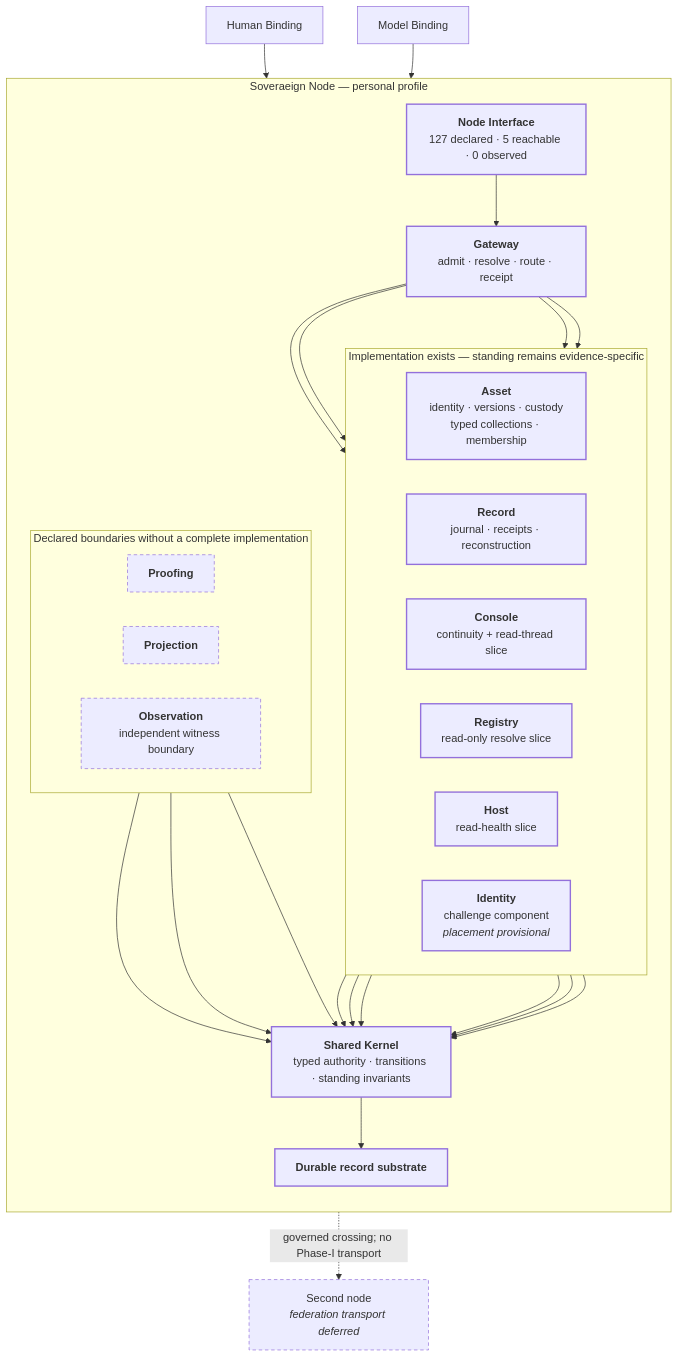
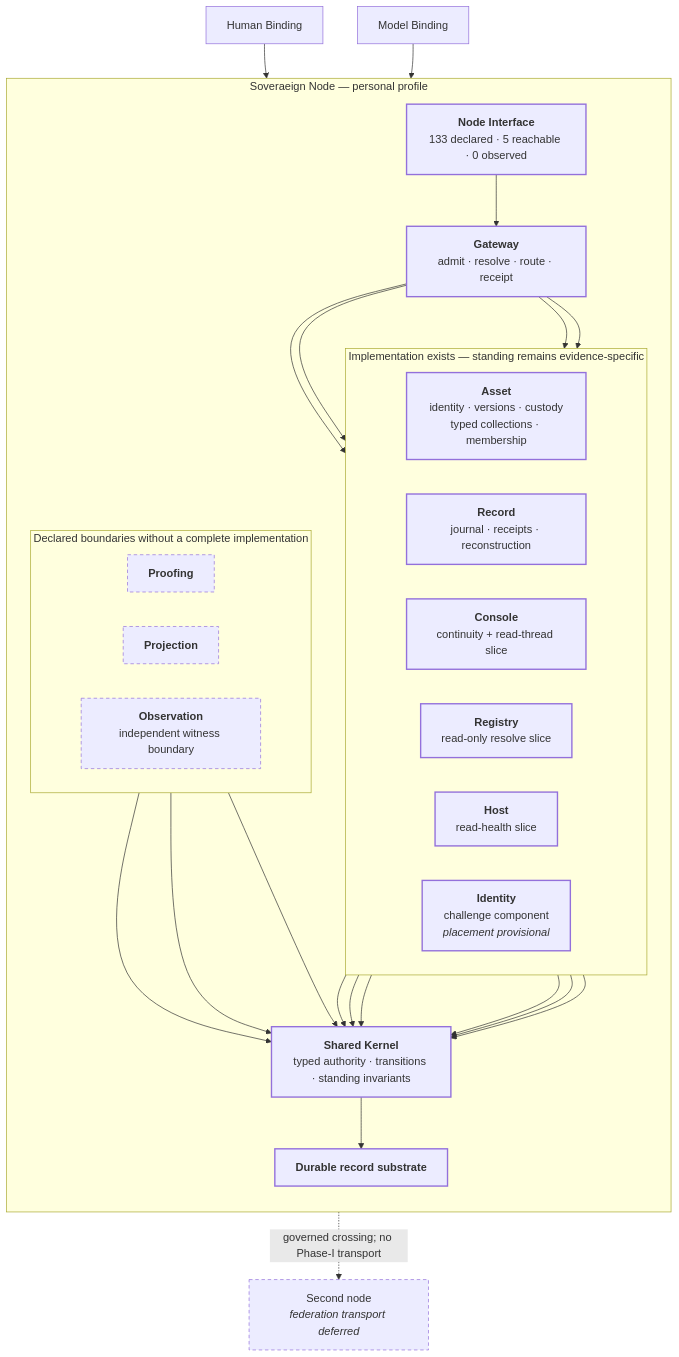
One commit to bdf1992/Soveraeign changed the diagram in diagrams/service-map.md. Above: the diagram before and after it, drawn with Mermaid. The commit also changed other lines of this file and 6 other files, not shown here.

````diff
--- a/diagrams/service-map.md
+++ b/diagrams/service-map.md
@@ -13,57 +13,57 @@
 ```mermaid
 flowchart TB
     HB["Human Binding"]
     MB["Model Binding"]
 
     subgraph nd["Soveraeign Node — personal profile"]
         direction TB
-        NI["<b>Node Interface</b><br/>127 declared · 5 reachable · 0 observed"]
+        NI["<b>Node Interface</b><br/>133 declared · 5 reachable · 0 observed"]
         G["<b>Gateway</b><br/>admit · resolve · route · receipt"]
 
         subgraph live["Implementation exists — standing remains evidence-specific"]
             direction LR
             A["<b>Asset</b><br/>identity · versions · custody<br/>typed collections · membership"]
             R["<b>Record</b><br/>journal · receipts · reconstruction"]
             C["<b>Console</b><br/>continuity + read-thread slice"]
             RG["<b>Registry</b><br/>read-only resolve slice"]
             H["<b>Host</b><br/>read-health slice"]
             I["<b>Identity</b><br/>challenge component<br/><i>placement provisional</i>"]
         end
 
         subgraph boundary["Declared boundaries without a complete implementation"]
             direction LR
             P["<b>Proofing</b>"]
             PJ["<b>Projection</b>"]
             O["<b>Observation</b><br/>independent witness boundary"]
         end
 
         K["<b>Shared Kernel</b><br/>typed authority · transitions · standing invariants"]
         RS["<b>Durable record substrate</b>"]
     end
 
     F["Second node<br/><i>federation transport deferred</i>"]
 
     HB --> NI
     MB --> NI
     NI --> G
     G --> A
     G --> C
     G --> RG
     G --> H
     A --> K
     C --> K
     RG --> K
     H --> K
     I --> K
     R --> K
     P --> K
     PJ --> K
     O --> K
     K --> RS
     nd -. "governed crossing; no Phase-I transport" .-> F
 
     classDef pen stroke-width:2px
     classDef pencil stroke-dasharray:5 4,stroke-width:1px
     class A,R,C,RG,H,I,NI,G,K,RS pen
     class P,PJ,O,F pencil
 ```
````
